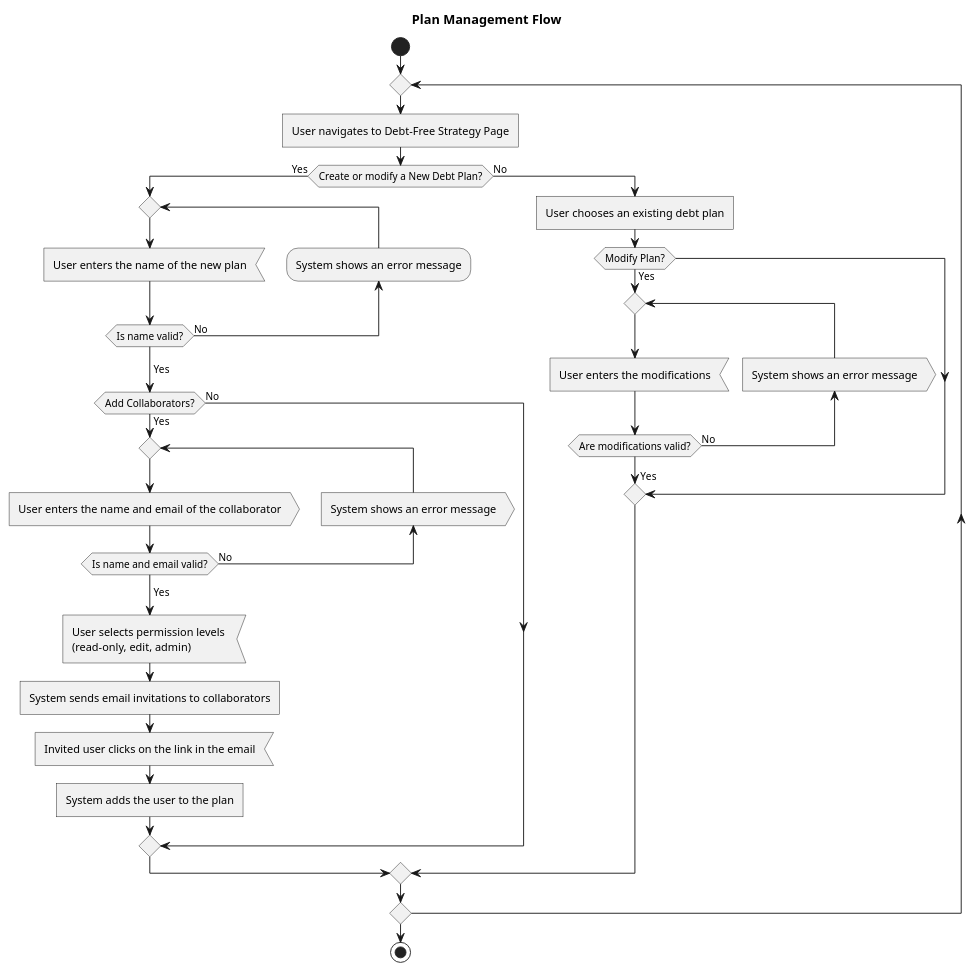
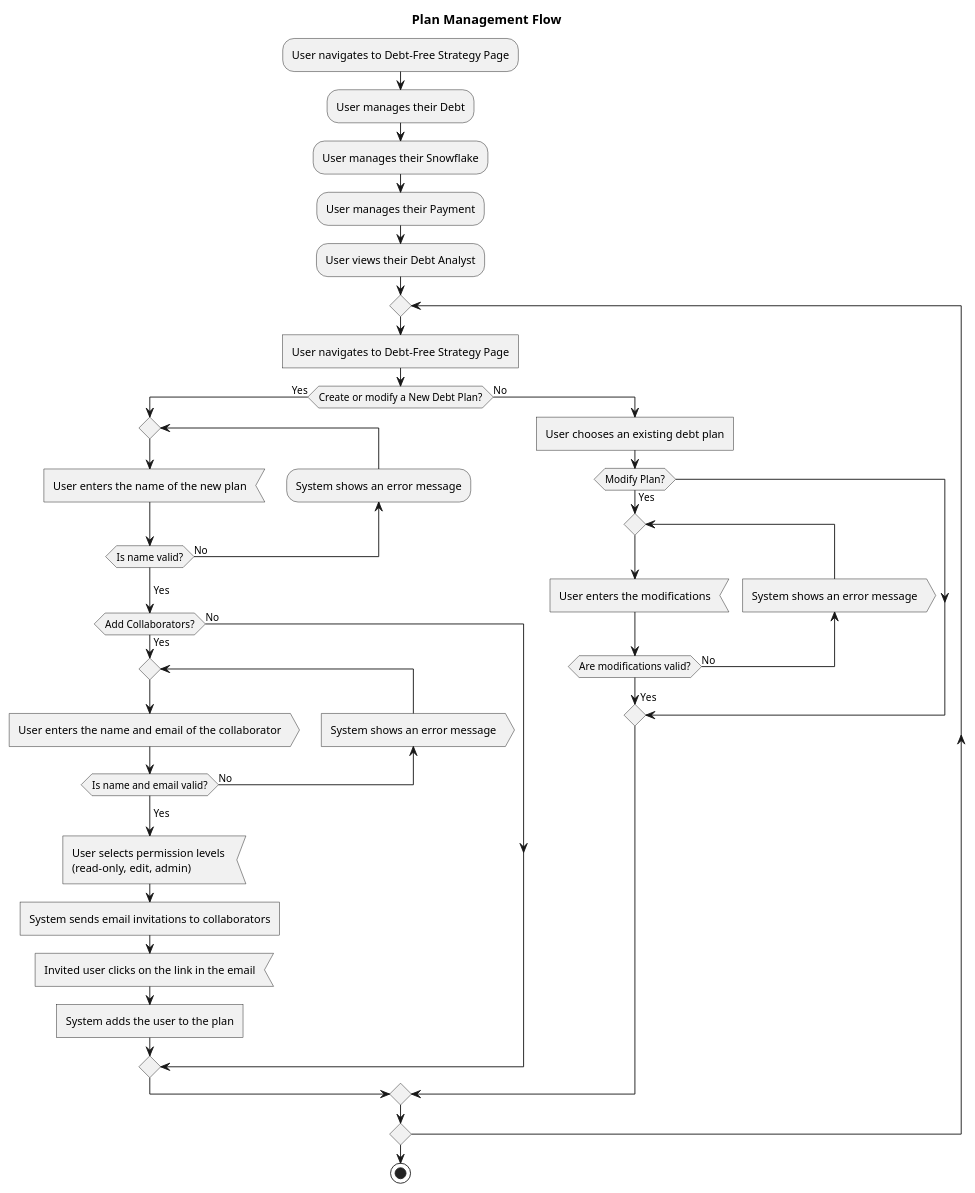
Before and after one commit to Guilderm/SnowballPlanner: the sixth of 10 diagrams in Documents/Product Requirements Document (PRD).md, drawn with PlantUML. The commit also changed other lines of this file and 1 other file, not shown here.

Commit message:
updated debt and snowflakes

````diff
--- a/Documents/Product Requirements Document (PRD).md
+++ b/Documents/Product Requirements Document (PRD).md
@@ -731,50 +734,55 @@
 ```plantuml
 @startuml
 title Plan Management Flow
 
-start
+  :User navigates to Debt-Free Strategy Page;
+  :User manages their Debt;
+  :User manages their Snowflake;
+  :User manages their Payment;
+  :User views their Debt Analyst;
 
-repeat
+
+repeat 
   :User navigates to Debt-Free Strategy Page; <<task>>
 
   if (Create or modify a New Debt Plan?) then (Yes)
     repeat
       :User enters the name of the new plan; <<input>>
 
       backward :System shows an error message;
     repeat while (Is name valid?) is (No)
     ->Yes;
 
     if (Add Collaborators?) then (Yes)
       repeat
         :User enters the name and email of the collaborator; <<output>>
 
         backward :System shows an error message; <<output>>
       repeat while (Is name and email valid?) is (No)
       ->Yes;
       
       :User selects permission levels \n(read-only, edit, admin); <<input>>
       :System sends email invitations to collaborators; <<task>>
       :Invited user clicks on the link in the email; <<input>>
       :System adds the user to the plan; <<task>>
     else (No)
     endif
     
   else (No)
     :User chooses an existing debt plan; <<task>>
 
     if (Modify Plan?) then (Yes)
       repeat
         :User enters the modifications; <<input>>
 
         backward :System shows an error message; <<output>>
       repeat while (Are modifications valid?) is (No)
       ->Yes;
 
     endif
   endif
 
 repeat while ()
 stop
 @enduml
 ```
````
